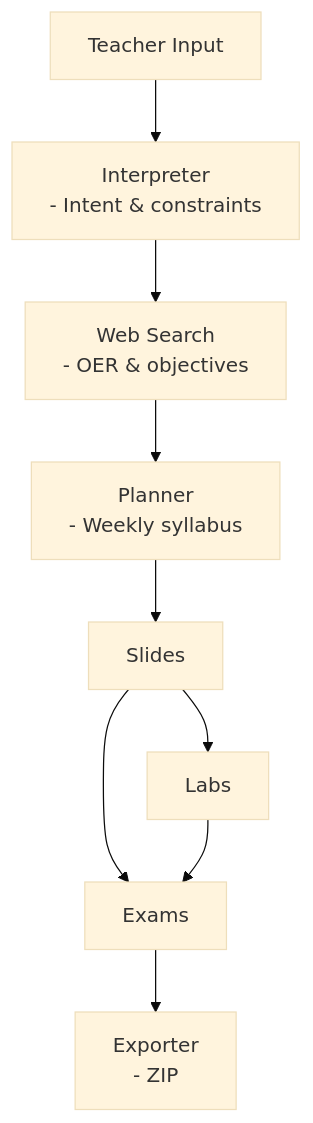
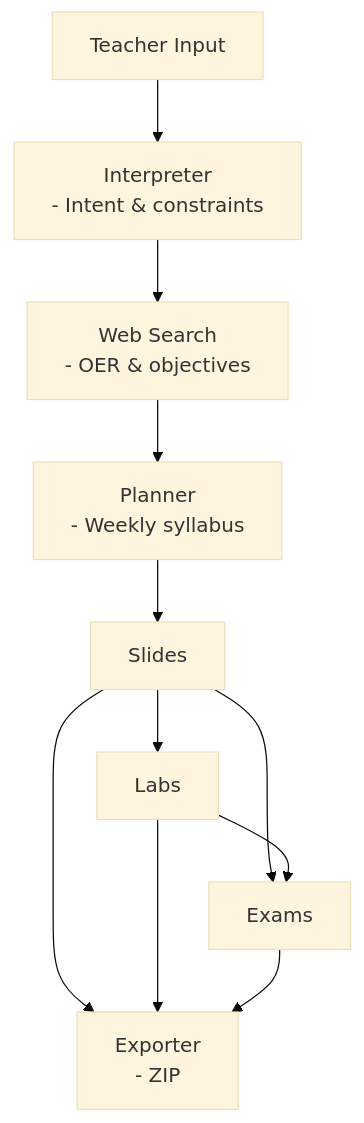
One commit to FaiOnayq/minhaj changed the diagram in README.md. Above: the diagram before and after it, drawn with Mermaid (base theme).

````diff
--- a/README.md
+++ b/README.md
@@ -2,12 +2,14 @@
 ```mermaid
 graph TD;
     A[Teacher Input] --> B[Interpreter<br/>- Intent & constraints];
     B --> C[Web Search<br/>- OER & objectives];
     C --> D[Planner<br/>- Weekly syllabus];
     D --> E[Slides];
     E --> F[Labs];
     E --> G[Exams];
     F --> G
-    G --> H[Exporter<br/>- ZIP];
+    E --> H[Exporter<br/>- ZIP];
+    F --> H
+    G --> H
 
 ```
````
